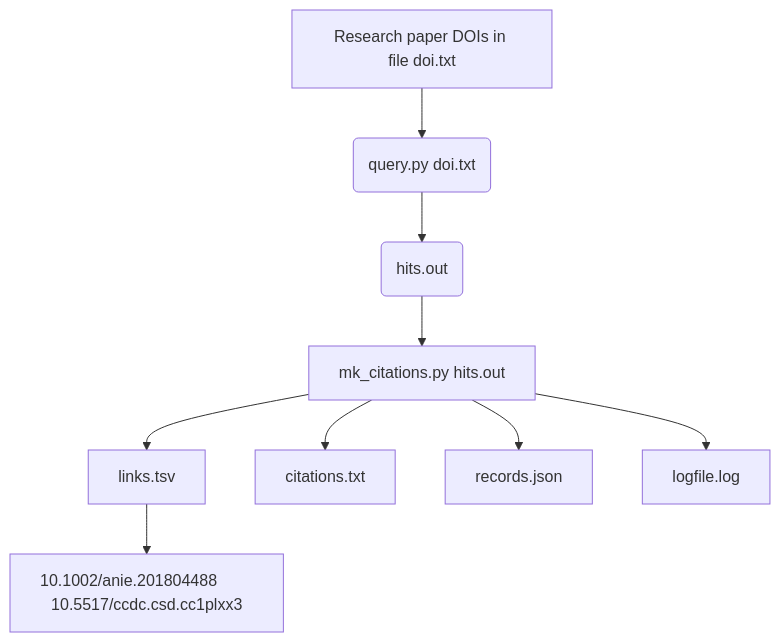
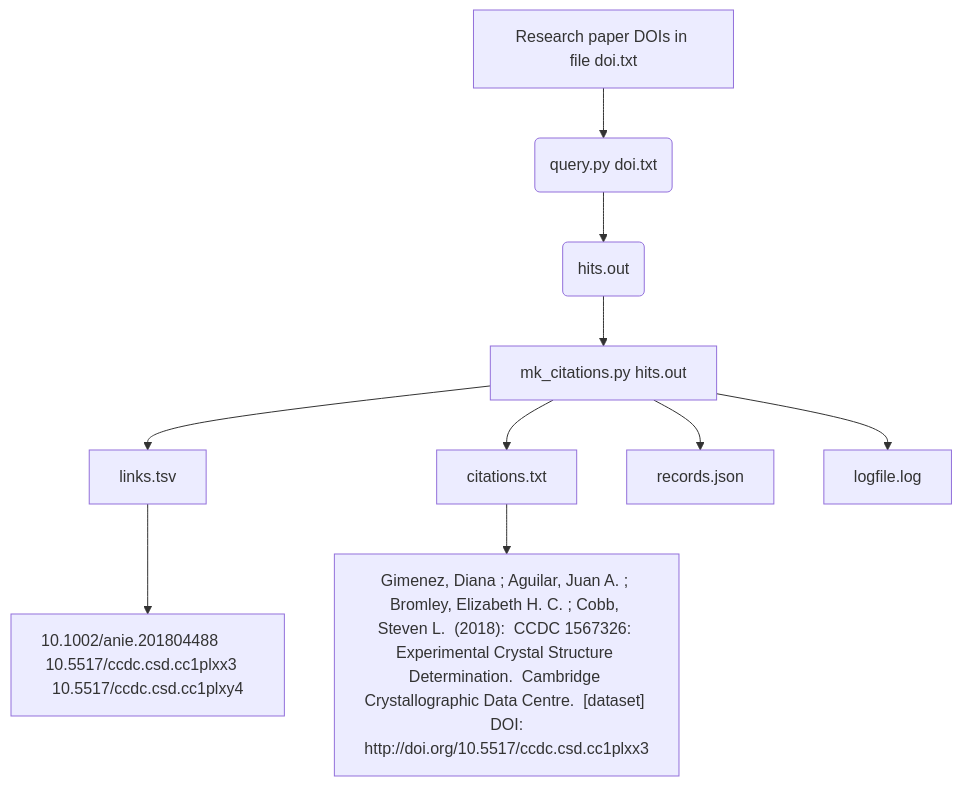
One commit to sefnyn/scholix changed the diagram in README.md. Above: the diagram before and after it, drawn with Mermaid.

````diff
--- a/README.md
+++ b/README.md
@@ -3,12 +3,14 @@
 ```mermaid
 graph TD;
     A[Research paper DOIs in file doi.txt] --> B(query.py doi.txt) --> C(hits.out);
     C --> D[mk_citations.py hits.out];
     D --> E[links.tsv];
     D --> F[citations.txt];
     D --> G[records.json];
     D --> H[logfile.log];
-    E --> J[10.1002/anie.201804488	10.5517/ccdc.csd.cc1plxx3];
+    E --> J[10.1002/anie.201804488	10.5517/ccdc.csd.cc1plxx3   10.5517/ccdc.csd.cc1plxy4];
+    F --> K["Gimenez, Diana ; Aguilar, Juan A. ; Bromley, Elizabeth H. C. ; Cobb, Steven L.  (2018):  CCDC 1567326: Experimental Crystal Structure Determination.  Cambridge Crystallographic Data Centre.  [dataset]  DOI: http://doi.org/10.5517/ccdc.csd.cc1plxx3"];
+
     
 
 ```
````
